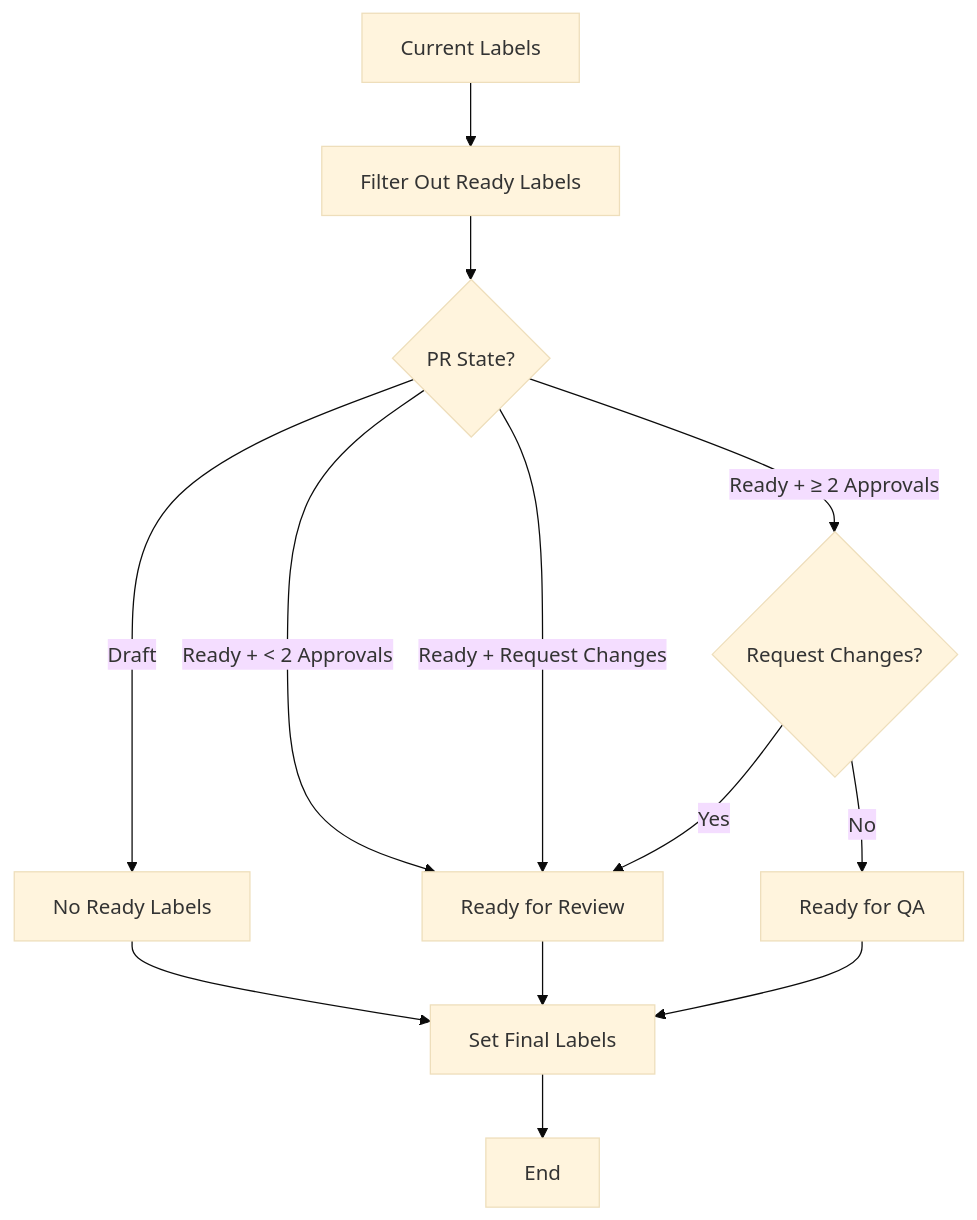
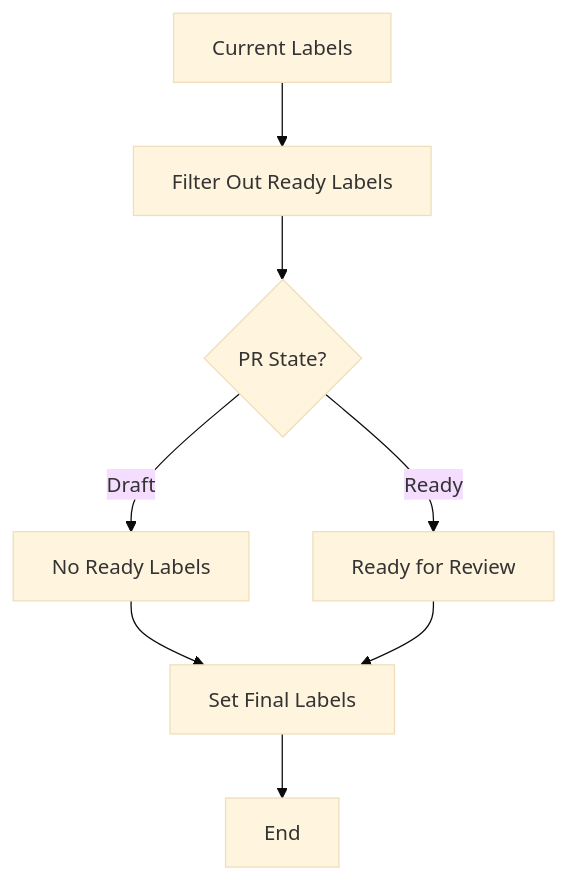
One commit to adobecom/express-milo changed the second of 6 diagrams in QA-LABEL-MANAGEMENT-DOCUMENTATION.md. Above: the diagram before and after it, drawn with Mermaid (base theme). The commit also changed other lines of this file, not shown here.

````diff
--- a/QA-LABEL-MANAGEMENT-DOCUMENTATION.md
+++ b/QA-LABEL-MANAGEMENT-DOCUMENTATION.md
@@ -77,15 +87,10 @@
 ```mermaid
 flowchart TD
     A[Current Labels] --> B[Filter Out Ready Labels]
     B --> C{PR State?}
     C -->|Draft| D[No Ready Labels]
-    C -->|Ready + < 2 Approvals| E[Ready for Review]
-    C -->|Ready + ≥ 2 Approvals| F{Request Changes?}
-    C -->|Ready + Request Changes| E
-    F -->|No| G[Ready for QA]
-    F -->|Yes| E
-    D --> H[Set Final Labels]
-    E --> H
-    G --> H
-    H --> I[End]
+    C -->|Ready| E[Ready for Review]
+    D --> F[Set Final Labels]
+    E --> F
+    F --> G[End]
 ```
````
